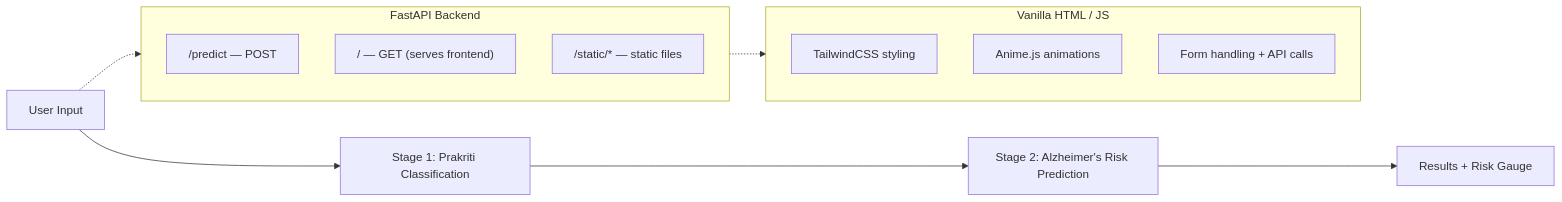
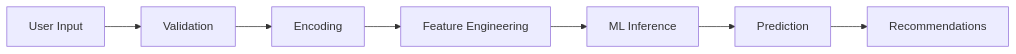
One commit to Avgohil/fusion-care-alzheimer-ml changed the fifth of 9 diagrams in README.md. Above: the diagram before and after it, drawn with Mermaid. The commit also changed other lines of this file, not shown here.

````diff
--- a/README.md
+++ b/README.md
@@ -157,21 +265,9 @@
 ```mermaid
 flowchart LR
-    A[User Input] --> B[Stage 1: Prakriti Classification]
-    B --> C[Stage 2: Alzheimer's Risk Prediction]
-    C --> D[Results + Risk Gauge]
-
-    subgraph Backend [FastAPI Backend]
-        E["/predict — POST"]
-        F["/ — GET (serves frontend)"]
-        G["/static/* — static files"]
-    end
-
-    subgraph Frontend [Vanilla HTML / JS]
-        H[TailwindCSS styling]
-        I[Anime.js animations]
-        J[Form handling + API calls]
-    end
-
-    A -.-> Backend
-    Backend -.-> Frontend
+    A[User Input] --> B[Validation]
+    B --> C[Encoding]
+    C --> D[Feature Engineering]
+    D --> E[ML Inference]
+    E --> F[Prediction]
+    F --> G[Recommendations]
 ```
````
